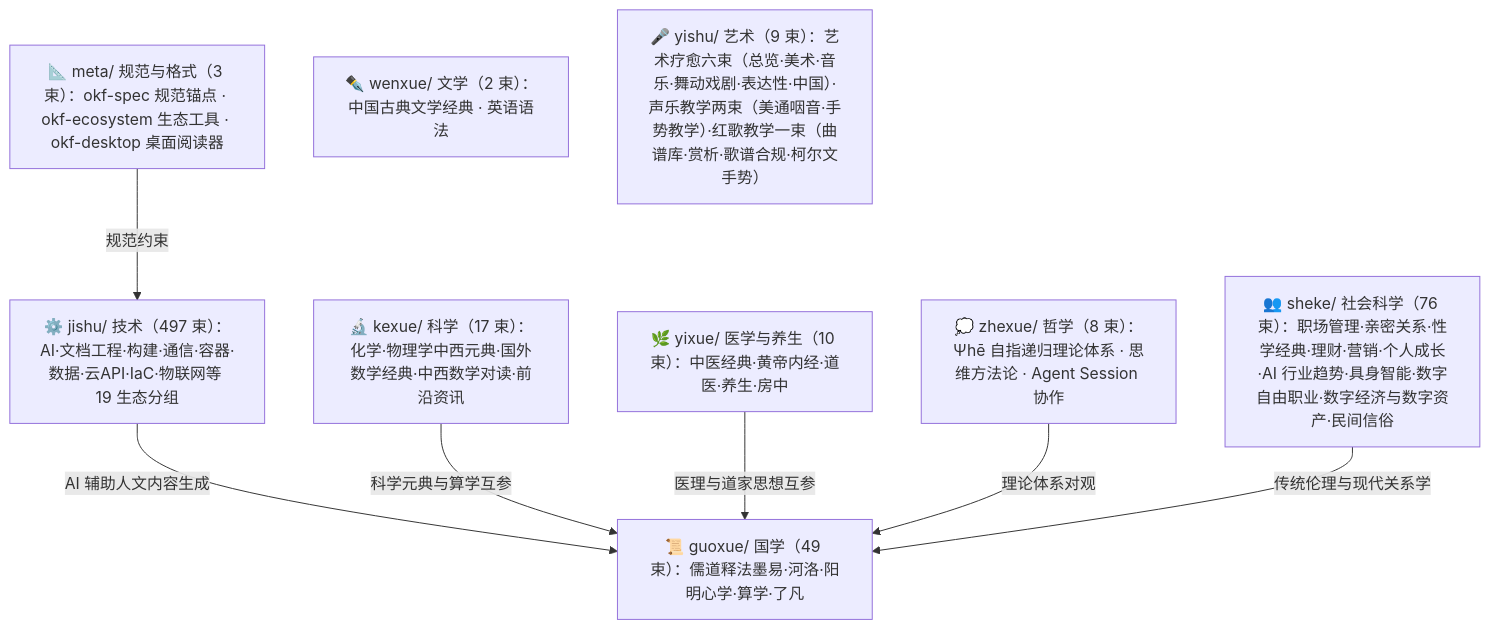
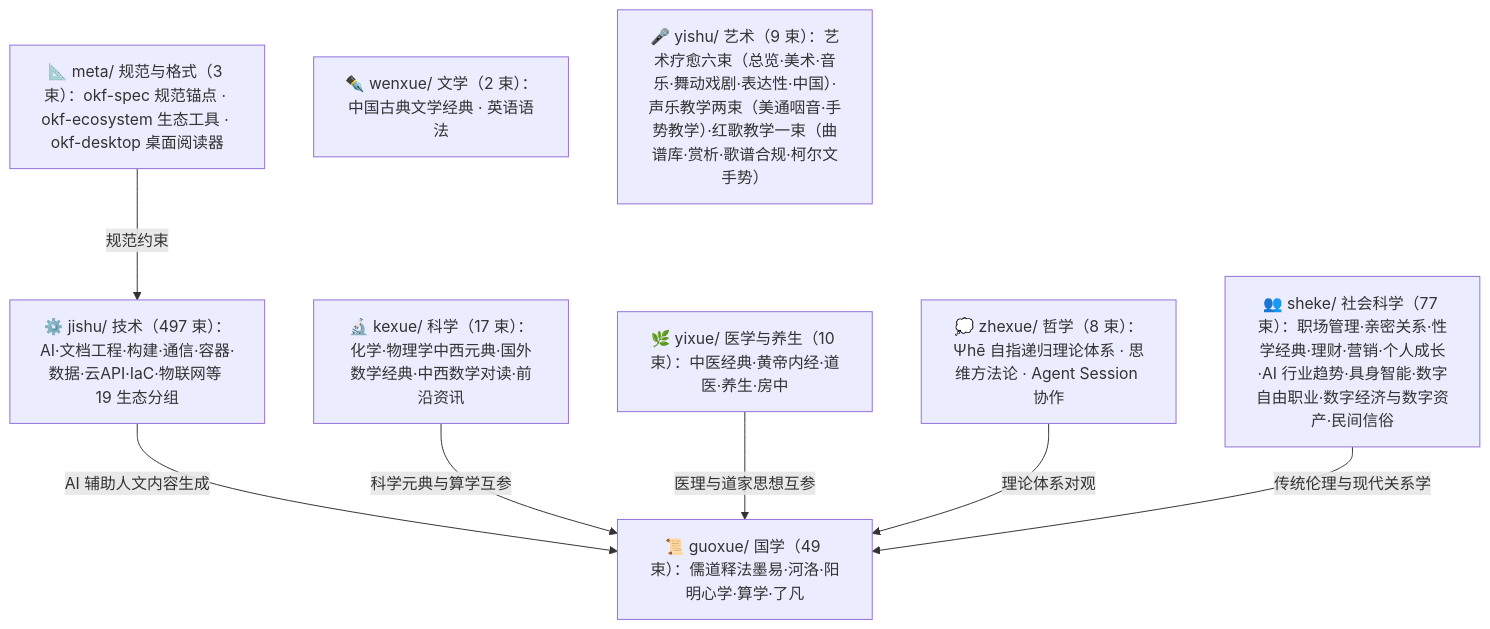
One commit to awesome-flexloop/awesome-okf changed the diagram in doc/bundles/index.md. Above: the diagram before and after it, drawn with Mermaid. The commit also changed other lines of this file and 16 other files, not shown here.

````diff
--- a/doc/bundles/index.md
+++ b/doc/bundles/index.md
@@ -21,18 +21,18 @@
 ```mermaid
 flowchart TD
     meta["📐 meta/ 规范与格式（3 束）：okf-spec 规范锚点 · okf-ecosystem 生态工具 · okf-desktop 桌面阅读器"]
     guoxue["📜 guoxue/ 国学（49 束）：儒道释法墨易·河洛·阳明心学·算学·了凡"]
     zhexue["💭 zhexue/ 哲学（8 束）：Ψhē 自指递归理论体系 · 思维方法论 · Agent Session 协作"]
     kexue["🔬 kexue/ 科学（17 束）：化学·物理学中西元典·国外数学经典·中西数学对读·前沿资讯"]
     wenxue["✒️ wenxue/ 文学（2 束）：中国古典文学经典 · 英语语法"]
     yixue["🌿 yixue/ 医学与养生（10 束）：中医经典·黄帝内经·道医·养生·房中"]
-    sheke["👥 sheke/ 社会科学（76 束）：职场管理·亲密关系·性学经典·理财·营销·个人成长·AI 行业趋势·具身智能·数字自由职业·数字经济与数字资产·民间信俗"]
+    sheke["👥 sheke/ 社会科学（77 束）：职场管理·亲密关系·性学经典·理财·营销·个人成长·AI 行业趋势·具身智能·数字自由职业·数字经济与数字资产·民间信俗"]
     yishu["🎤 yishu/ 艺术（9 束）：艺术疗愈六束（总览·美术·音乐·舞动戏剧·表达性·中国）·声乐教学两束（美通咽音·手势教学）·红歌教学一束（曲谱库·赏析·歌谱合规·柯尔文手势）"]
     jishu["⚙️ jishu/ 技术（497 束）：AI·文档工程·构建·通信·容器·数据·云API·IaC·物联网等 19 生态分组"]
     meta -->|"规范约束"| jishu
     jishu -->|"AI 辅助人文内容生成"| guoxue
     kexue -->|"科学元典与算学互参"| guoxue
     yixue -->|"医理与道家思想互参"| guoxue
     zhexue -->|"理论体系对观"| guoxue
     sheke -->|"传统伦理与现代关系学"| guoxue
 ```
````
